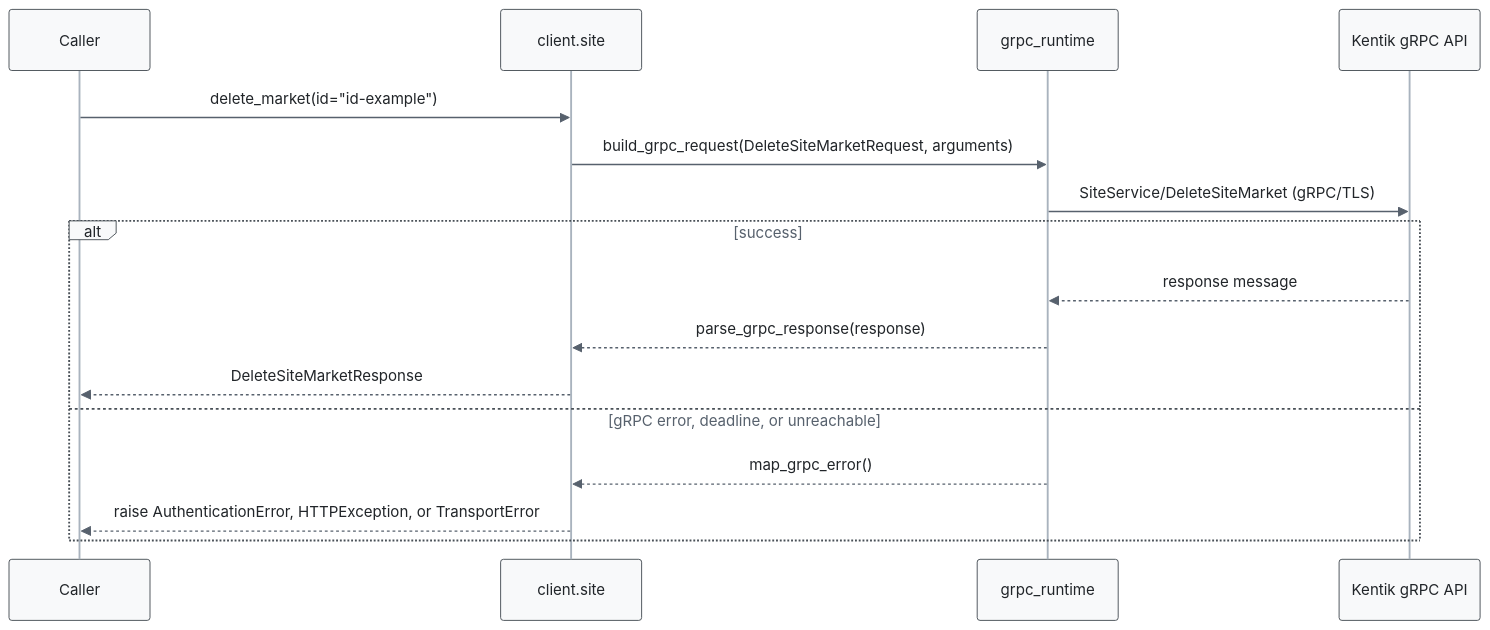
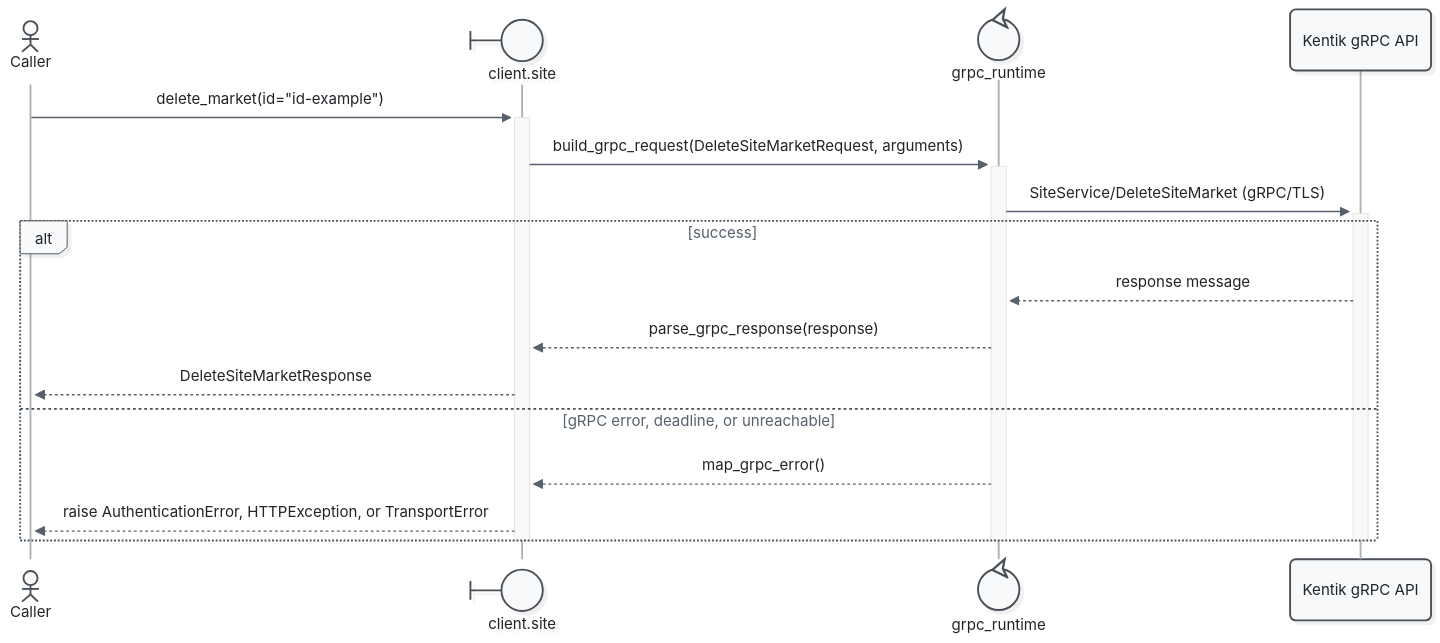
One commit to alexdearaujo/community_sdk_python changed the tenth of 21 diagrams in docs/sphinx/services/site.md. Above: the diagram before and after it, drawn with Mermaid. The commit also changed other lines of this file and 52 other files, not shown here.

First line of the commit message:
docs: Mermaid 12 sequence diagrams with participant types and path colors

````diff
--- a/docs/sphinx/services/site.md
+++ b/docs/sphinx/services/site.md
@@ -363,20 +385,23 @@
 ```mermaid
-%%{init: {"theme": "base", "fontFamily": "ui-monospace, SFMono-Regular, Menlo, monospace", "themeVariables": {"fontFamily": "ui-monospace, SFMono-Regular, Menlo, monospace", "primaryColor": "#f8f9fa", "primaryBorderColor": "#495057", "primaryTextColor": "#212529", "textColor": "#212529", "lineColor": "#77818c", "edgeLabelBackground": "#ffffff", "actorBkg": "#f8f9fa", "actorBorder": "#495057", "actorTextColor": "#212529", "actorLineColor": "#a9b3be", "signalColor": "#57616d", "signalTextColor": "#212529", "labelBoxBkgColor": "#f8f9fa", "labelBoxBorderColor": "#495057", "labelTextColor": "#212529", "loopTextColor": "#57616d", "noteBkgColor": "#fff9db", "noteBorderColor": "#f08c00", "noteTextColor": "#a35a00"}, "flowchart": {"curve": "step", "nodeSpacing": 30, "rankSpacing": 70, "wrappingWidth": 400}}}%%
+%%{init: {"theme": "redux", "look": "neo", "layout": "dagre", "fontFamily": "ui-monospace, SFMono-Regular, Menlo, monospace", "themeVariables": {"fontFamily": "ui-monospace, SFMono-Regular, Menlo, monospace", "primaryColor": "#f8f9fa", "primaryBorderColor": "#495057", "primaryTextColor": "#212529", "textColor": "#212529", "lineColor": "#77818c", "edgeLabelBackground": "#ffffff", "actorBkg": "#f8f9fa", "actorBorder": "#495057", "actorTextColor": "#212529", "actorLineColor": "#a9b3be", "signalColor": "#57616d", "signalTextColor": "#212529", "labelBoxBkgColor": "#f8f9fa", "labelBoxBorderColor": "#495057", "labelTextColor": "#212529", "loopTextColor": "#57616d", "noteBkgColor": "#fff9db", "noteBorderColor": "#f08c00", "noteTextColor": "#a35a00"}, "sequence": {"activationWidth": 16}, "flowchart": {"curve": "step", "nodeSpacing": 30, "rankSpacing": 70, "wrappingWidth": 400}}}%%
 sequenceDiagram
-    participant C as Caller
-    participant W as client.site
-    participant R as grpc_runtime
+    actor C as Caller
+    participant W@{ "type": "boundary" } as client.site
+    participant R@{ "type": "control" } as grpc_runtime
     participant API as Kentik gRPC API
 
-    C->>W: delete_market(id="id-example")
-    W->>R: build_grpc_request(DeleteSiteMarketRequest, arguments)
-    R->>API: SiteService/DeleteSiteMarket (gRPC/TLS)
+    C->>+W: delete_market(id="id-example")
+    W->>+R: build_grpc_request(DeleteSiteMarketRequest, arguments)
+    R->>+API: SiteService/DeleteSiteMarket (gRPC/TLS)
     alt success
         API-->>R: response message
         R-->>W: parse_grpc_response(response)
         W-->>C: DeleteSiteMarketResponse
     else gRPC error, deadline, or unreachable
         R-->>W: map_grpc_error()
         W-->>C: raise AuthenticationError, HTTPException, or TransportError
     end
+    deactivate API
+    deactivate R
+    deactivate W
 ```
````
